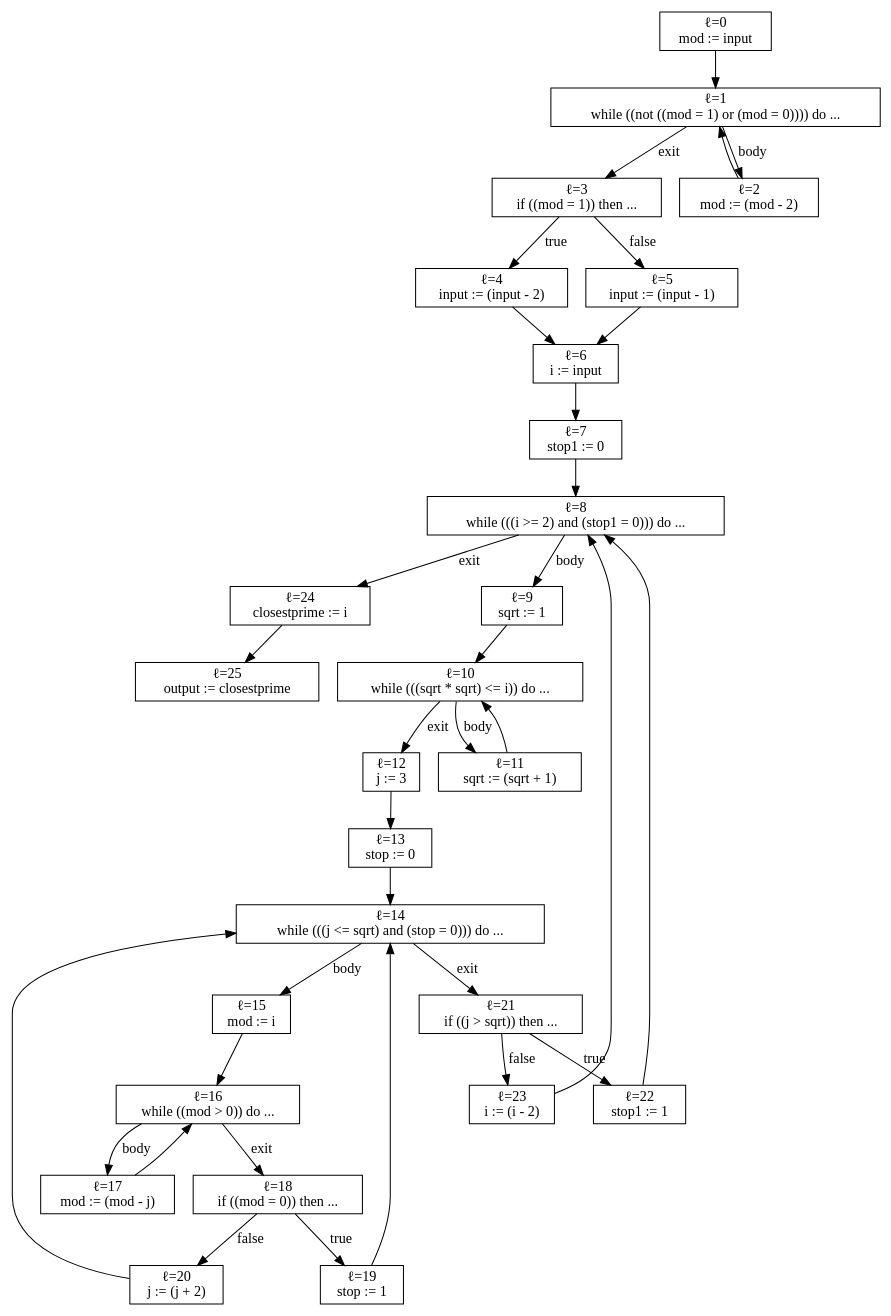
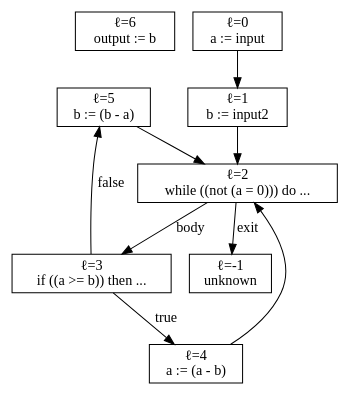
Before and after one commit to CatchSyntaxTerror/Terminators: the diagram in project2/dotfiles/cfg.dot, drawn with Graphviz. The commit also changed 10 other files, not shown here.

```diff
--- a/project2/dotfiles/cfg.dot
+++ b/project2/dotfiles/cfg.dot
@@ -1,62 +1,19 @@
 digraph CFG {
   node [shape=box];
-  25 [label="ℓ=25\noutput := closestprime"];
-  24 [label="ℓ=24\nclosestprime := i"];
-  23 [label="ℓ=23\ni := (i - 2)"];
-  22 [label="ℓ=22\nstop1 := 1"];
-  21 [label="ℓ=21\nif ((j > sqrt)) then ..."];
-  20 [label="ℓ=20\nj := (j + 2)"];
-  19 [label="ℓ=19\nstop := 1"];
-  18 [label="ℓ=18\nif ((mod = 0)) then ..."];
-  17 [label="ℓ=17\nmod := (mod - j)"];
-  16 [label="ℓ=16\nwhile ((mod > 0)) do ..."];
-  15 [label="ℓ=15\nmod := i"];
-  14 [label="ℓ=14\nwhile (((j <= sqrt) and (stop = 0))) do ..."];
-  13 [label="ℓ=13\nstop := 0"];
-  0 [label="ℓ=0\nmod := input"];
-  1 [label="ℓ=1\nwhile ((not ((mod = 1) or (mod = 0)))) do ..."];
-  2 [label="ℓ=2\nmod := (mod - 2)"];
-  3 [label="ℓ=3\nif ((mod = 1)) then ..."];
-  4 [label="ℓ=4\ninput := (input - 2)"];
-  5 [label="ℓ=5\ninput := (input - 1)"];
-  6 [label="ℓ=6\ni := input"];
-  7 [label="ℓ=7\nstop1 := 0"];
-  8 [label="ℓ=8\nwhile (((i >= 2) and (stop1 = 0))) do ..."];
-  9 [label="ℓ=9\nsqrt := 1"];
-  10 [label="ℓ=10\nwhile (((sqrt * sqrt) <= i)) do ..."];
-  11 [label="ℓ=11\nsqrt := (sqrt + 1)"];
-  12 [label="ℓ=12\nj := 3"];
-  24 -> 25;
-  23 -> 8;
-  22 -> 8;
-  21 -> 22 [label="true"];
-  21 -> 23 [label="false"];
-  20 -> 14;
-  19 -> 14;
-  18 -> 19 [label="true"];
-  18 -> 20 [label="false"];
-  17 -> 16;
-  16 -> 17 [label="body"];
-  16 -> 18 [label="exit"];
-  15 -> 16;
-  14 -> 15 [label="body"];
-  14 -> 21 [label="exit"];
-  13 -> 14;
-  0 -> 1;
-  1 -> 2 [label="body"];
-  1 -> 3 [label="exit"];
-  2 -> 1;
+  6 [label="ℓ=6\noutput := b"];
+  5 [label="ℓ=5\nb := (b - a)"];
+  4 [label="ℓ=4\na := (a - b)"];
+  3 [label="ℓ=3\nif ((a >= b)) then ..."];
+  -1 [label="ℓ=-1\nunknown"];
+  2 [label="ℓ=2\nwhile ((not (a = 0))) do ..."];
+  1 [label="ℓ=1\nb := input2"];
+  0 [label="ℓ=0\na := input"];
+  5 -> 2;
+  4 -> 2;
   3 -> 4 [label="true"];
   3 -> 5 [label="false"];
-  4 -> 6;
-  5 -> 6;
-  6 -> 7;
-  7 -> 8;
-  8 -> 9 [label="body"];
-  8 -> 24 [label="exit"];
-  9 -> 10;
-  10 -> 11 [label="body"];
-  10 -> 12 [label="exit"];
-  11 -> 10;
-  12 -> 13;
+  2 -> 3 [label="body"];
+  2 -> -1 [label="exit"];
+  1 -> 2;
+  0 -> 1;
 }
```
